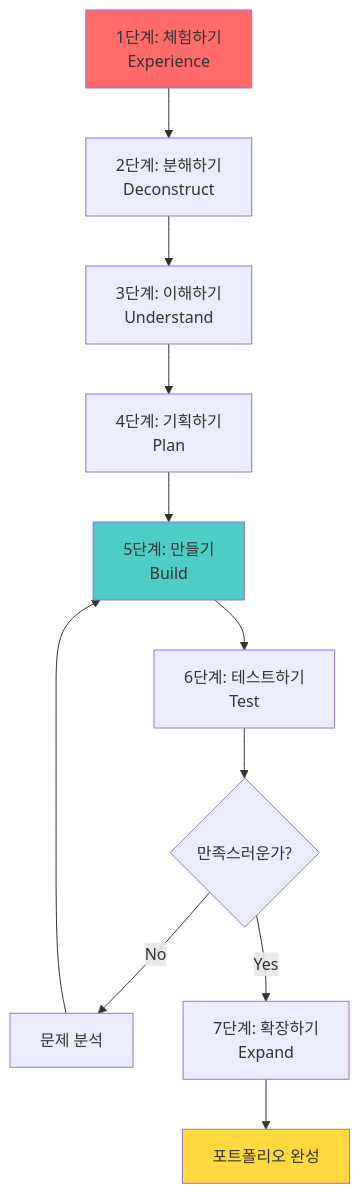
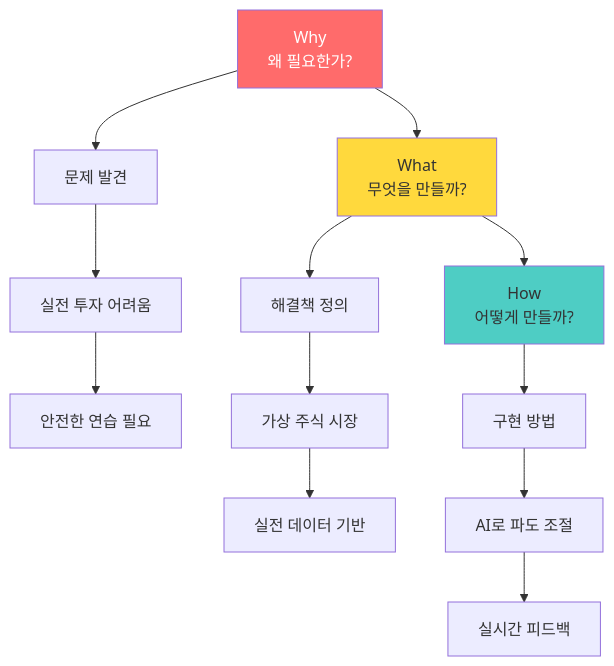
The third of 14 diagrams in Docs/주제/5단계-AI가상환경_실전체험_교육가이드.md (Collegenie-X/AI-Vive-Coding), drawn with Mermaid before and after one commit. The commit also changed other lines of this file and 3 other files, not shown here.

````diff
--- a/Docs/주제/5단계-AI가상환경_실전체험_교육가이드.md
+++ b/Docs/주제/5단계-AI가상환경_실전체험_교육가이드.md
@@ -101,19 +118,21 @@
 ```mermaid
 graph TB
-    A[1단계: 체험하기<br/>Experience] --> B[2단계: 분해하기<br/>Deconstruct]
-    B --> C[3단계: 이해하기<br/>Understand]
-    C --> D[4단계: 기획하기<br/>Plan]
-    D --> E[5단계: 만들기<br/>Build]
-    E --> F[6단계: 테스트하기<br/>Test]
-    F --> G{만족스러운가?}
+    A[Why<br/>왜 필요한가?] --> B[What<br/>무엇을 만들까?]
+    B --> C[How<br/>어떻게 만들까?]
     
-    G -->|No| H[문제 분석]
-    H --> E
+    A --> A1[문제 발견]
+    A1 --> A2[실전 투자 어려움]
+    A2 --> A3[안전한 연습 필요]
     
-    G -->|Yes| I[7단계: 확장하기<br/>Expand]
-    I --> J[포트폴리오 완성]
+    B --> B1[해결책 정의]
+    B1 --> B2[가상 주식 시장]
+    B2 --> B3[실전 데이터 기반]
     
-    style A fill:#FF6B6B
-    style E fill:#4ECDC4
-    style J fill:#FFD93D
+    C --> C1[구현 방법]
+    C1 --> C2[AI로 파도 조절]
+    C2 --> C3[실시간 피드백]
+    
+    style A fill:#FF6B6B,color:#fff
+    style B fill:#FFD93D
+    style C fill:#4ECDC4
 ```
````
